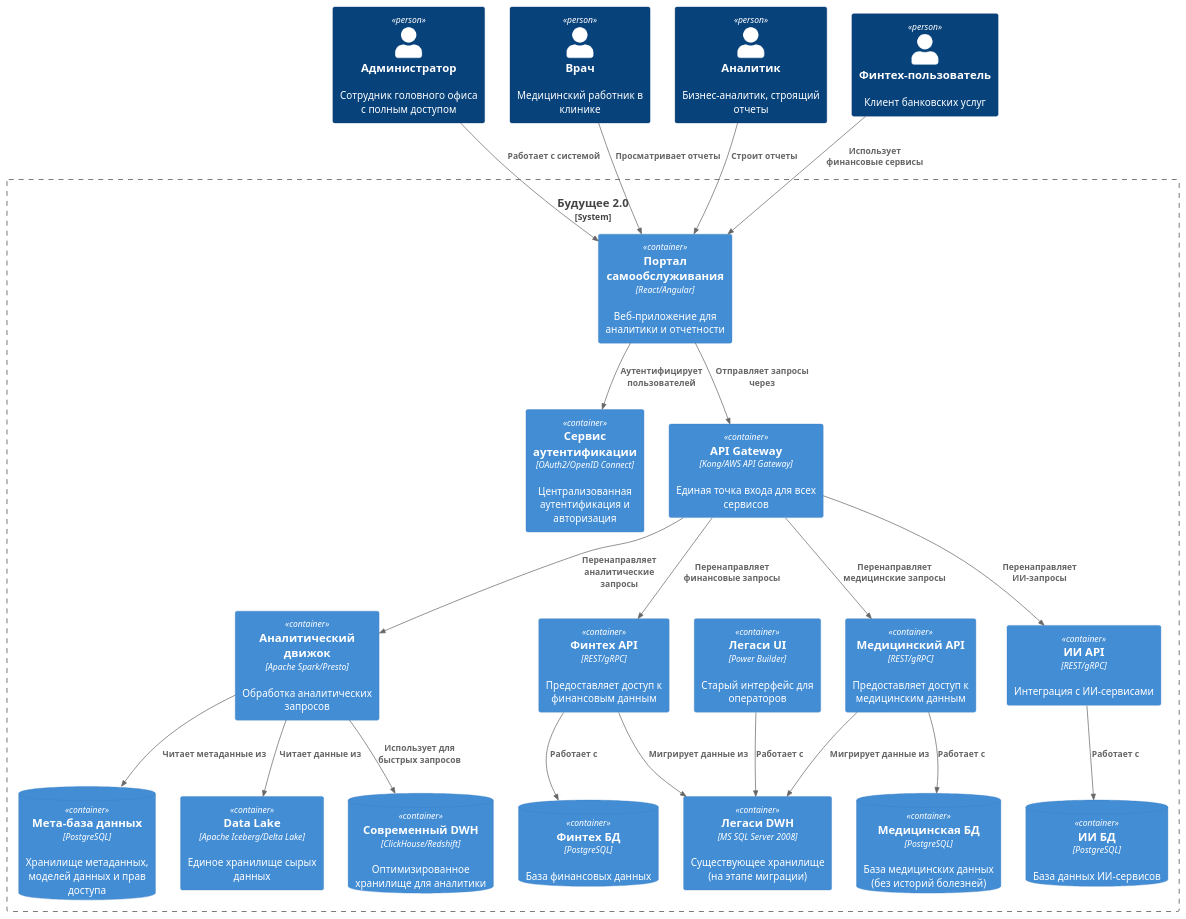
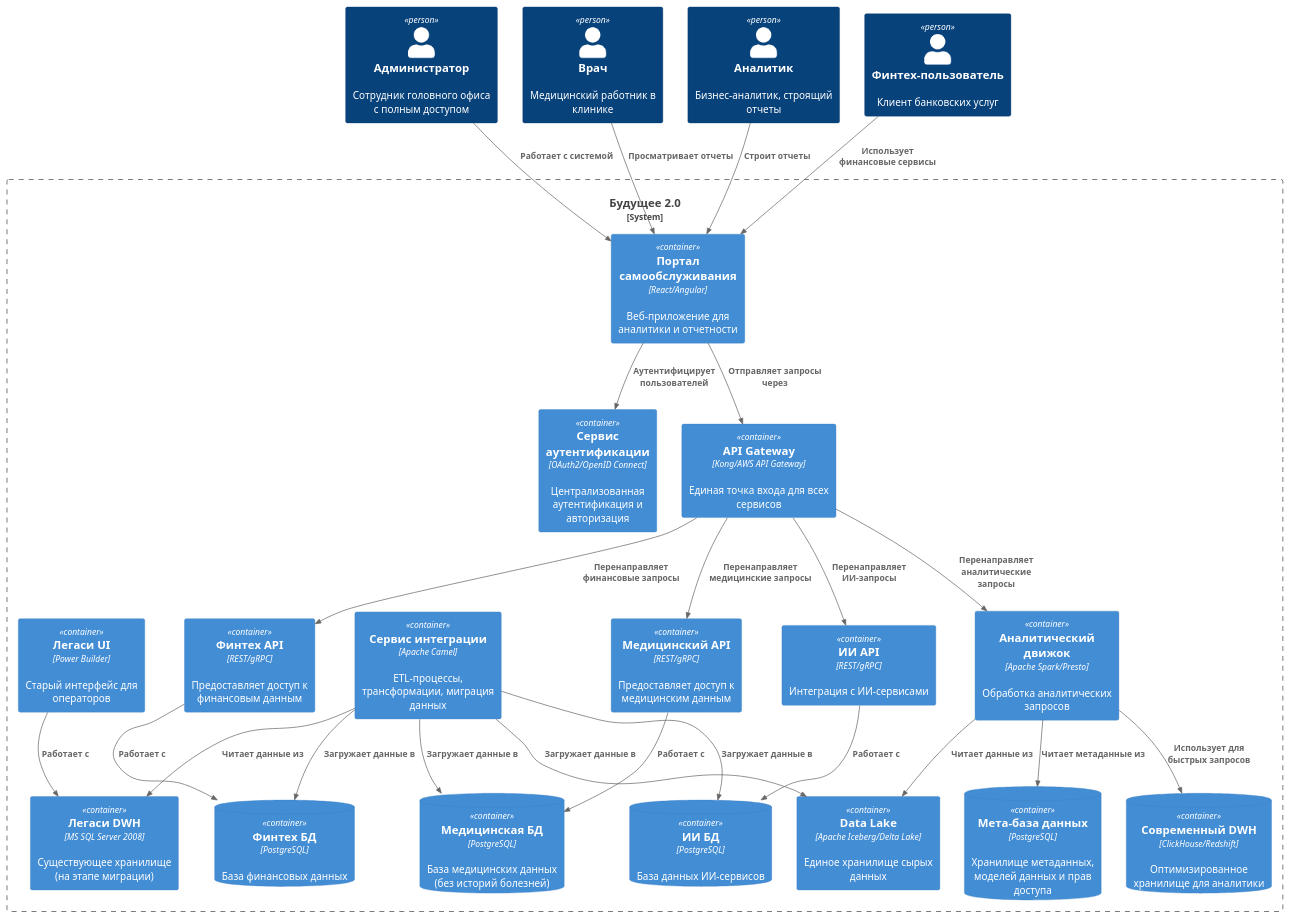
The diagram in Task1/C4 Container.puml (ditibal/architecture-future_2_0), drawn with PlantUML before and after one commit.

```diff
--- a/Task1/C4 Container.puml
+++ b/Task1/C4 Container.puml
@@ -1,61 +1,66 @@
 @startuml
 !include <C4/C4_Container>
 
 Person(admin, "Администратор", "Сотрудник головного офиса с полным доступом")
 Person(doctor, "Врач", "Медицинский работник в клинике")
 Person(analyst, "Аналитик", "Бизнес-аналитик, строящий отчеты")
 Person(fintech_user, "Финтех-пользователь", "Клиент банковских услуг")
 
 System_Boundary(c1, "Будущее 2.0") {
 
     Container(portal, "Портал самообслуживания", "React/Angular", "Веб-приложение для аналитики и отчетности")
     Container(auth, "Сервис аутентификации", "OAuth2/OpenID Connect", "Централизованная аутентификация и авторизация")
-    
+
     ContainerDb(meta_db, "Мета-база данных", "PostgreSQL", "Хранилище метаданных, моделей данных и прав доступа")
-    
+
     Container(api_gateway, "API Gateway", "Kong/AWS API Gateway", "Единая точка входа для всех сервисов")
-    
+
     Container(analytics_engine, "Аналитический движок", "Apache Spark/Presto", "Обработка аналитических запросов")
     Container(data_lake, "Data Lake", "Apache Iceberg/Delta Lake", "Единое хранилище сырых данных")
-    
+
     ContainerDb(dwh_modern, "Современный DWH", "ClickHouse/Redshift", "Оптимизированное хранилище для аналитики")
-    
+
     Container(medical_api, "Медицинский API", "REST/gRPC", "Предоставляет доступ к медицинским данным")
     Container(fintech_api, "Финтех API", "REST/gRPC", "Предоставляет доступ к финансовым данным")
     Container(ai_api, "ИИ API", "REST/gRPC", "Интеграция с ИИ-сервисами")
-    
+
     ContainerDb(medical_db, "Медицинская БД", "PostgreSQL", "База медицинских данных (без историй болезней)")
     ContainerDb(fintech_db, "Финтех БД", "PostgreSQL", "База финансовых данных")
     ContainerDb(ai_db, "ИИ БД", "PostgreSQL", "База данных ИИ-сервисов")
-    
+
+    Container(integration_service, "Сервис интеграции", "Apache Camel", "ETL-процессы, трансформации, миграция данных")
+
     Container(legacy_dwh, "Легаси DWH", "MS SQL Server 2008", "Существующее хранилище (на этапе миграции)")
     Container(legacy_ui, "Легаси UI", "Power Builder", "Старый интерфейс для операторов")
 }
 
 ' Связи между компонентами
 Rel(admin, portal, "Работает с системой")
 Rel(doctor, portal, "Просматривает отчеты")
 Rel(analyst, portal, "Строит отчеты")
 Rel(fintech_user, portal, "Использует финансовые сервисы")
 
 Rel(portal, auth, "Аутентифицирует пользователей")
 Rel(portal, api_gateway, "Отправляет запросы через")
 Rel(api_gateway, analytics_engine, "Перенаправляет аналитические запросы")
 Rel(api_gateway, medical_api, "Перенаправляет медицинские запросы")
 Rel(api_gateway, fintech_api, "Перенаправляет финансовые запросы")
 Rel(api_gateway, ai_api, "Перенаправляет ИИ-запросы")
 
 Rel(analytics_engine, data_lake, "Читает данные из")
 Rel(analytics_engine, dwh_modern, "Использует для быстрых запросов")
 Rel(analytics_engine, meta_db, "Читает метаданные из")
 
 Rel(medical_api, medical_db, "Работает с")
 Rel(fintech_api, fintech_db, "Работает с")
 Rel(ai_api, ai_db, "Работает с")
 
-Rel(medical_api, legacy_dwh, "Мигрирует данные из")
-Rel(fintech_api, legacy_dwh, "Мигрирует данные из")
+Rel(integration_service, legacy_dwh, "Читает данные из")
+Rel(integration_service, medical_db, "Загружает данные в")
+Rel(integration_service, fintech_db, "Загружает данные в")
+Rel(integration_service, ai_db, "Загружает данные в")
+Rel(integration_service, data_lake, "Загружает данные в")
 
 Rel(legacy_ui, legacy_dwh, "Работает с")
 
 @enduml
```
